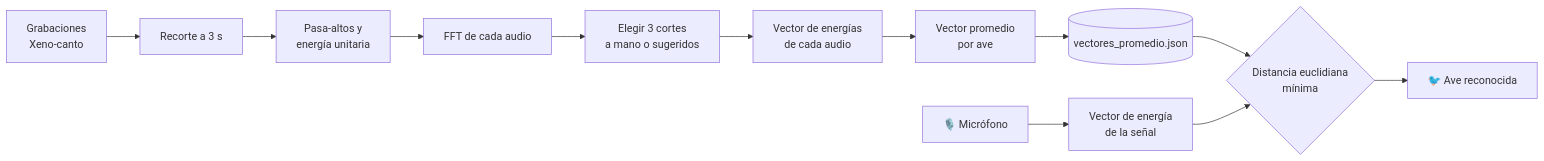
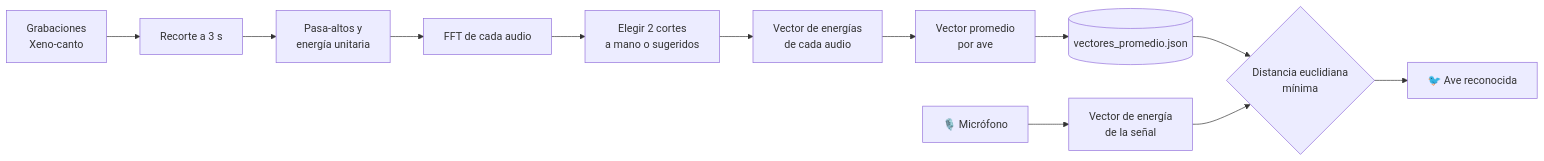
One commit to Navarro0k/reconocimiento-de-audio-por-bancos-de-filtros changed the diagram in README.md. Above: the diagram before and after it, drawn with Mermaid. The commit also changed other lines of this file and 2 other files, not shown here.

````diff
--- a/README.md
+++ b/README.md
@@ -41,14 +41,14 @@
 ```mermaid
 flowchart LR
     A[Grabaciones<br/>Xeno-canto] --> B[Recorte a 3 s]
     B --> B2[Pasa-altos y<br/>energía unitaria]
     B2 --> C[FFT de cada audio]
-    C --> D[Elegir 3 cortes<br/>a mano o sugeridos]
+    C --> D[Elegir 2 cortes<br/>a mano o sugeridos]
     D --> E[Vector de energías<br/>de cada audio]
     E --> E2[Vector promedio<br/>por ave]
     E2 --> F[(vectores_promedio.json)]
     G[🎙️ Micrófono] --> H[Vector de energía<br/>de la señal]
     F --> I{Distancia euclidiana<br/>mínima}
     H --> I
     I --> J[🐦 Ave reconocida]
 ```
````
